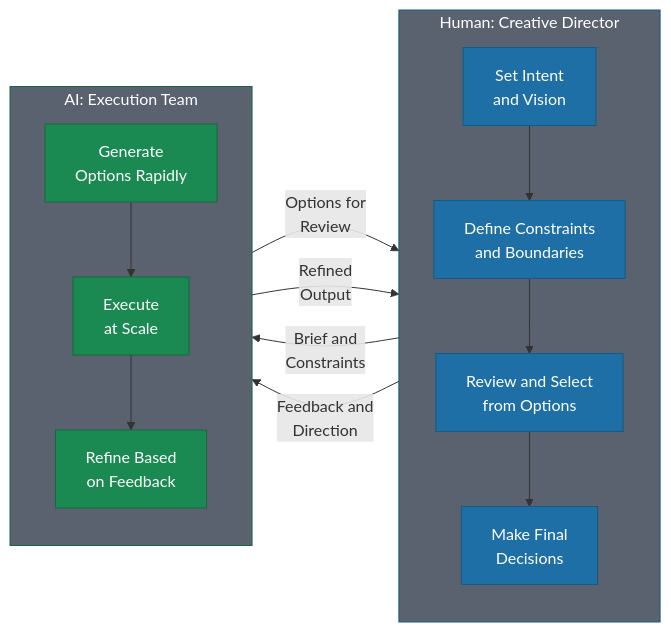
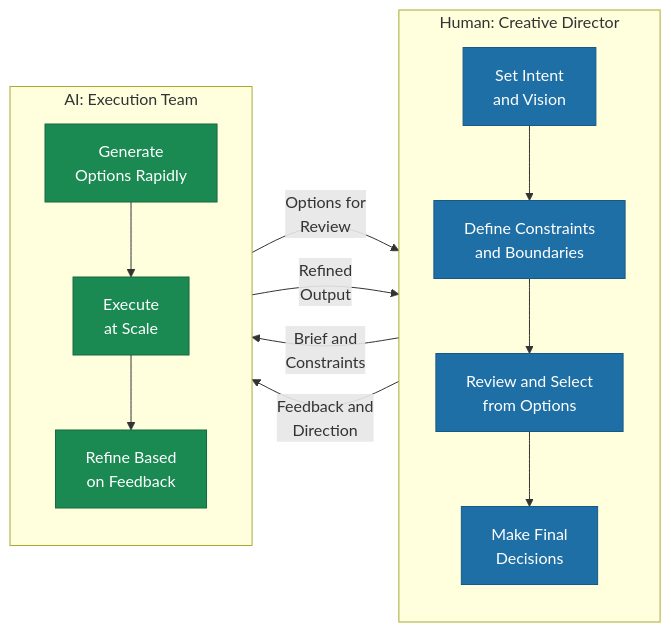
Before and after one commit to saurav-yirifi/blueprint-ai-first-company: the diagram in frameworks/05-human-ai-collaboration.md, drawn with Mermaid. The commit also changed 74 other files, not shown here.

First line of the commit message:
Standardize Mermaid diagrams: dual-mode colors, style directives, and line breaks

````diff
--- a/frameworks/05-human-ai-collaboration.md
+++ b/frameworks/05-human-ai-collaboration.md
@@ -41,33 +41,35 @@
 ```mermaid
 flowchart LR
     subgraph Human["Human: Creative Director"]
         direction TB
-        H1[Set Intent\nand Vision]
-        H2[Define Constraints\nand Boundaries]
-        H3[Review and Select\nfrom Options]
-        H4[Make Final\nDecisions]
+        H1[Set Intent<br/>and Vision]
+        H2[Define Constraints<br/>and Boundaries]
+        H3[Review and Select<br/>from Options]
+        H4[Make Final<br/>Decisions]
         H1 --> H2 --> H3 --> H4
     end
 
     subgraph AI["AI: Execution Team"]
         direction TB
-        A1[Generate\nOptions Rapidly]
-        A2[Execute\nat Scale]
-        A3[Refine Based\non Feedback]
+        A1[Generate<br/>Options Rapidly]
+        A2[Execute<br/>at Scale]
+        A3[Refine Based<br/>on Feedback]
         A1 --> A2 --> A3
     end
 
-    H2 -- "Brief and\nConstraints" --> A1
-    A1 -- "Options for\nReview" --> H3
-    H4 -- "Feedback and\nDirection" --> A3
-    A3 -- "Refined\nOutput" --> H3
+    H2 -- "Brief and<br/>Constraints" --> A1
+    A1 -- "Options for<br/>Review" --> H3
+    H4 -- "Feedback and<br/>Direction" --> A3
+    A3 -- "Refined<br/>Output" --> H3
 
-    classDef human fill:#1e6fa5,stroke:#155a85,color:#fff
-    classDef ai fill:#1a8a52,stroke:#14693e,color:#fff
+    style A1 fill:#1a8a52,stroke:#14693e,color:#fff
+    style A2 fill:#1a8a52,stroke:#14693e,color:#fff
+    style A3 fill:#1a8a52,stroke:#14693e,color:#fff
+    style H1 fill:#1e6fa5,stroke:#155a85,color:#fff
+    style H2 fill:#1e6fa5,stroke:#155a85,color:#fff
+    style H3 fill:#1e6fa5,stroke:#155a85,color:#fff
+    style H4 fill:#1e6fa5,stroke:#155a85,color:#fff
 
-    class H1,H2,H3,H4 human
-    class A1,A2,A3 ai
 
-    style Human fill:#5a6270,stroke:#155a85,color:#fff
-    style AI fill:#5a6270,stroke:#14693e,color:#fff
+    
 ```
````
